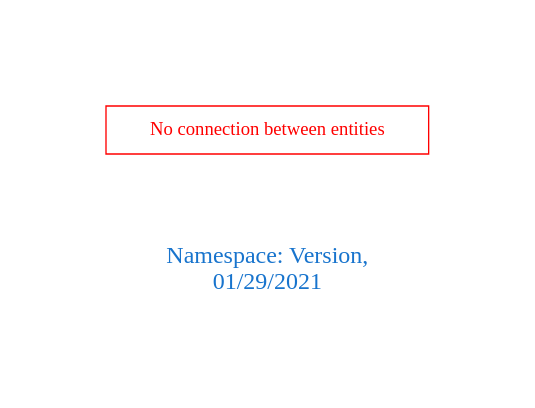
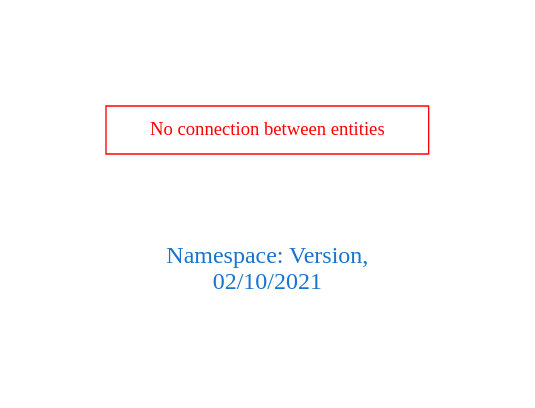
Before and after one commit to arago/OGIT: the diagram in downloads/Version.dot, drawn with Graphviz. The commit also changed 1867 other files, not shown here.

```diff
--- a/downloads/Version.dot
+++ b/downloads/Version.dot
@@ -1,9 +1,9 @@
 digraph OGIT_ontology {
  graph [ rankdir= LR,pad=1 
 fontsize = 18,
-fontcolor= dodgerblue3,label = "\n\n\nNamespace: Version, \n 01/29/2021"];
+fontcolor= dodgerblue3,label = "\n\n\nNamespace: Version, \n 02/10/2021"];
 node[shape=polygon];
 edge [  color="gray81"];
 
 "No connection between entities" [fontcolor = "red",color="red", shape="polygon"]
 }
```
